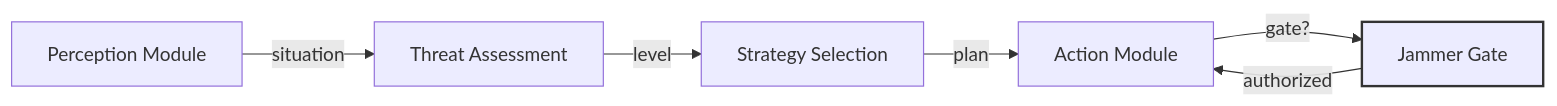
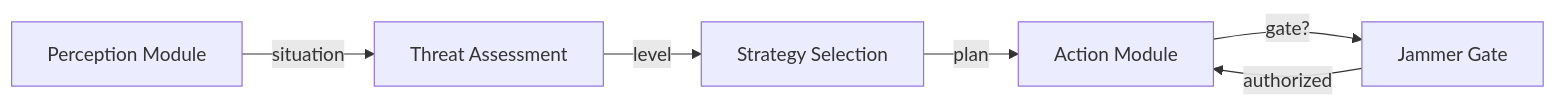
The second of 3 diagrams in README.md (AAH20/Apex_C-UAS), drawn with Mermaid before and after one commit. The commit also changed other lines of this file and 5 other files, not shown here.

````diff
--- a/README.md
+++ b/README.md
@@ -58,9 +54,8 @@
 ```mermaid
 flowchart LR
     P[Perception Module] -->|situation| T[Threat Assessment]
     T -->|level| S[Strategy Selection]
     S -->|plan| A[Action Module]
     A -->|gate?| J[Jammer Gate]
     J -->|authorized| A
-    style J stroke:#333,stroke-width:2px
 ```
````
